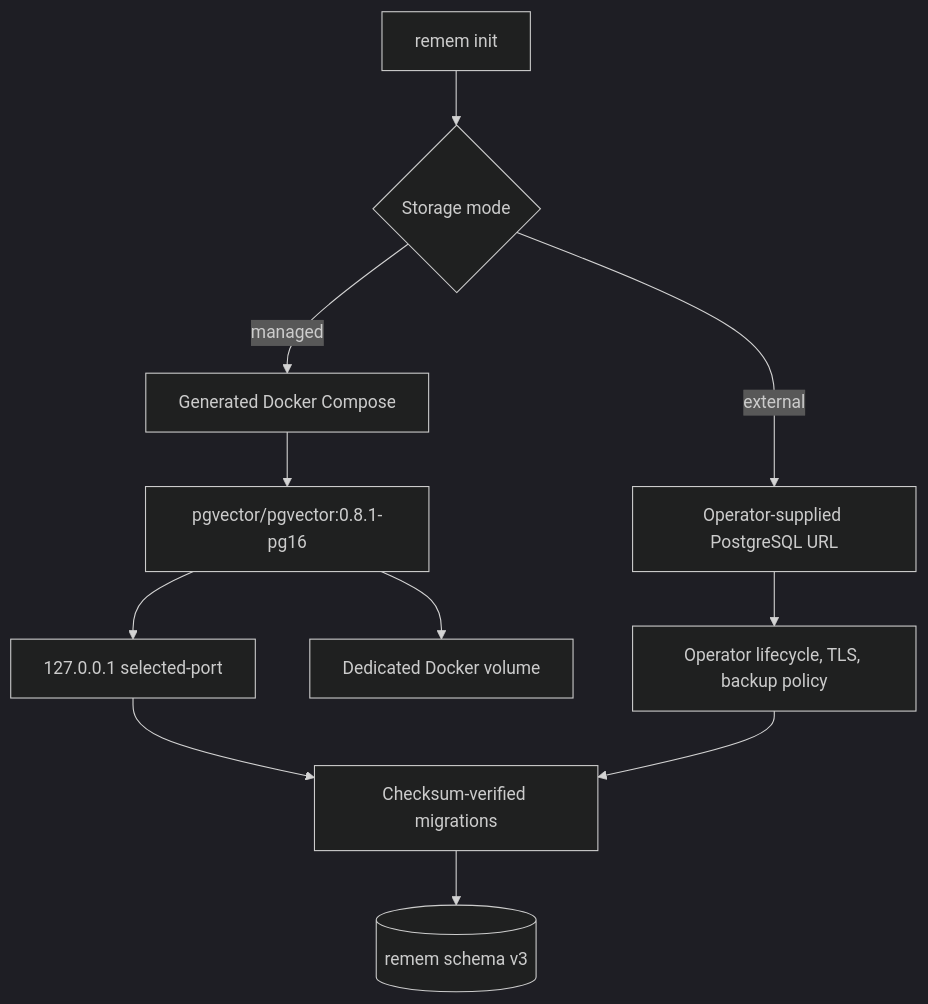
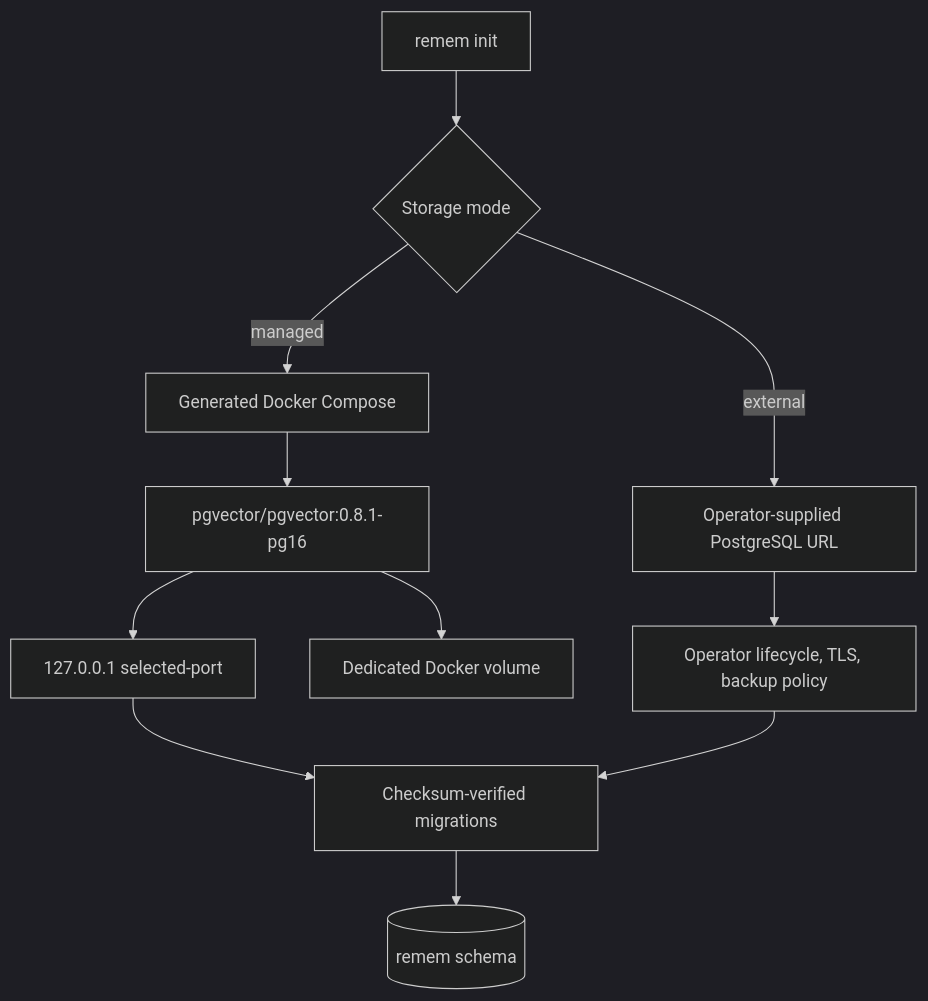
Before and after one commit to cgkades/remem: the second of 2 diagrams in docs/storage-architecture.md, drawn with Mermaid (dark theme). The commit also changed other lines of this file and 14 other files, not shown here.

````diff
--- a/docs/storage-architecture.md
+++ b/docs/storage-architecture.md
@@ -40,13 +40,13 @@
 ```mermaid
 flowchart TD
     Init[remem init] --> Mode{Storage mode}
     Mode -->|managed| Docker[Generated Docker Compose]
     Docker --> Image[pgvector/pgvector:0.8.1-pg16]
     Image --> Loopback[127.0.0.1 selected-port]
     Image --> Volume[Dedicated Docker volume]
     Mode -->|external| URL[Operator-supplied PostgreSQL URL]
     URL --> Operator[Operator lifecycle, TLS, backup policy]
     Loopback --> Migrate[Checksum-verified migrations]
     Operator --> Migrate
-    Migrate --> Schema[(remem schema v3)]
+    Migrate --> Schema[(remem schema)]
 ```
````
